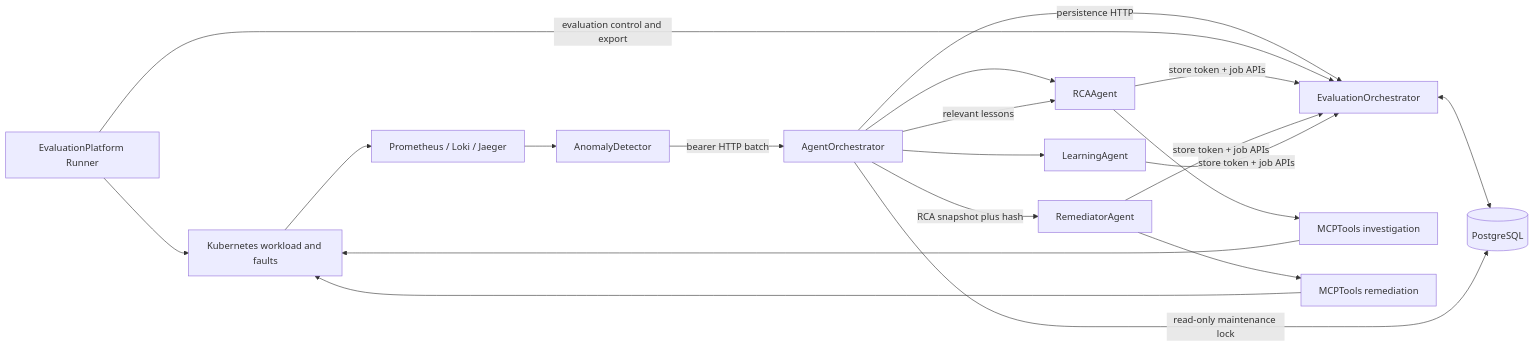
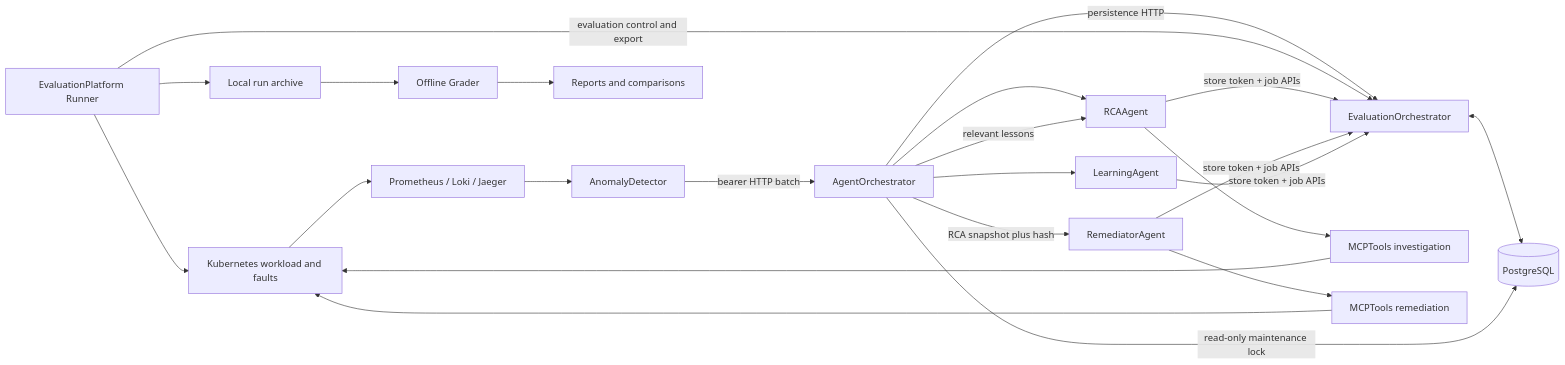
One commit to stanleyyoga123/IncidentBench changed the diagram in docs/architecture.md. Above: the diagram before and after it, drawn with Mermaid. The commit also changed other lines of this file and 27 other files, not shown here.

````diff
--- a/docs/architecture.md
+++ b/docs/architecture.md
@@ -3,22 +3,25 @@
 ```mermaid
 flowchart LR
   E[EvaluationPlatform Runner] --> K[Kubernetes workload and faults]
   K --> P[Prometheus / Loki / Jaeger]
   P --> D[AnomalyDetector]
   D -->|bearer HTTP batch| O[AgentOrchestrator]
   O -->|persistence HTTP| S[EvaluationOrchestrator]
   S <--> DB[(PostgreSQL)]
   E -->|evaluation control and export| S
+  E --> A[Local run archive]
+  A --> G[Offline Grader]
+  G --> V[Reports and comparisons]
   O -->|read-only maintenance lock| DB
   O --> R[RCAAgent]
   R -->|store token + job APIs| S
   R --> MI[MCPTools investigation]
   MI --> K
   O -->|RCA snapshot plus hash| M[RemediatorAgent]
   M -->|store token + job APIs| S
   M --> MR[MCPTools remediation]
   MR --> K
   O --> L[LearningAgent]
   L -->|store token + job APIs| S
   O -->|relevant lessons| R
 ```
````
